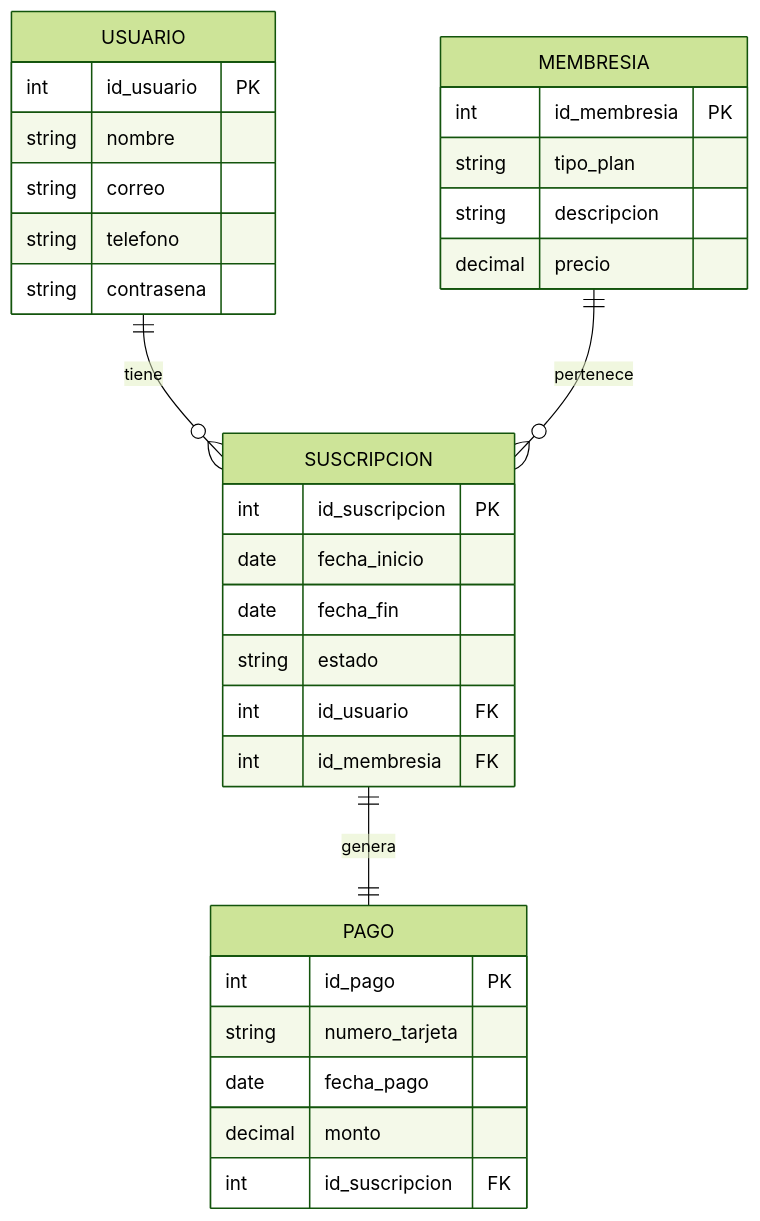
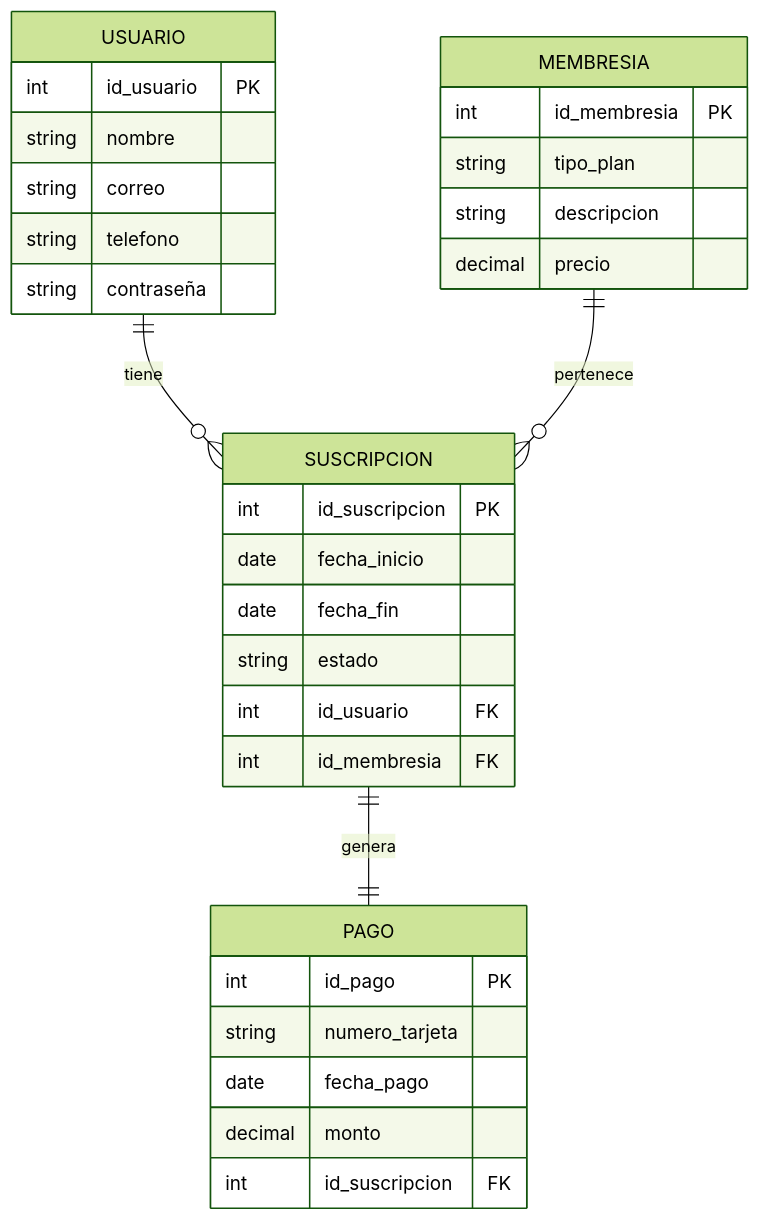
Before and after one commit to monica-ry/cbtis47-db-membre: the diagram in docs/erd_diagram.md, drawn with Mermaid (forest theme).

Commit message:
Fix typo in 'contrasena' to 'contraseña'

````diff
--- a/docs/erd_diagram.md
+++ b/docs/erd_diagram.md
@@ -1,39 +1,39 @@
 ```mermaid
 erDiagram
 
     USUARIO {
         int id_usuario PK
         string nombre
         string correo
         string telefono
-        string contrasena
+        string contraseña
     }
 
     MEMBRESIA {
         int id_membresia PK
         string tipo_plan
         string descripcion
         decimal precio
     }
 
     SUSCRIPCION {
         int id_suscripcion PK
         date fecha_inicio
         date fecha_fin
         string estado
         int id_usuario FK
         int id_membresia FK
     }
 
     PAGO {
         int id_pago PK
         string numero_tarjeta
         date fecha_pago
         decimal monto
         int id_suscripcion FK
     }
 
     USUARIO ||--o{ SUSCRIPCION : tiene
     MEMBRESIA ||--o{ SUSCRIPCION : pertenece
     SUSCRIPCION ||--|| PAGO : genera
 ```
````
